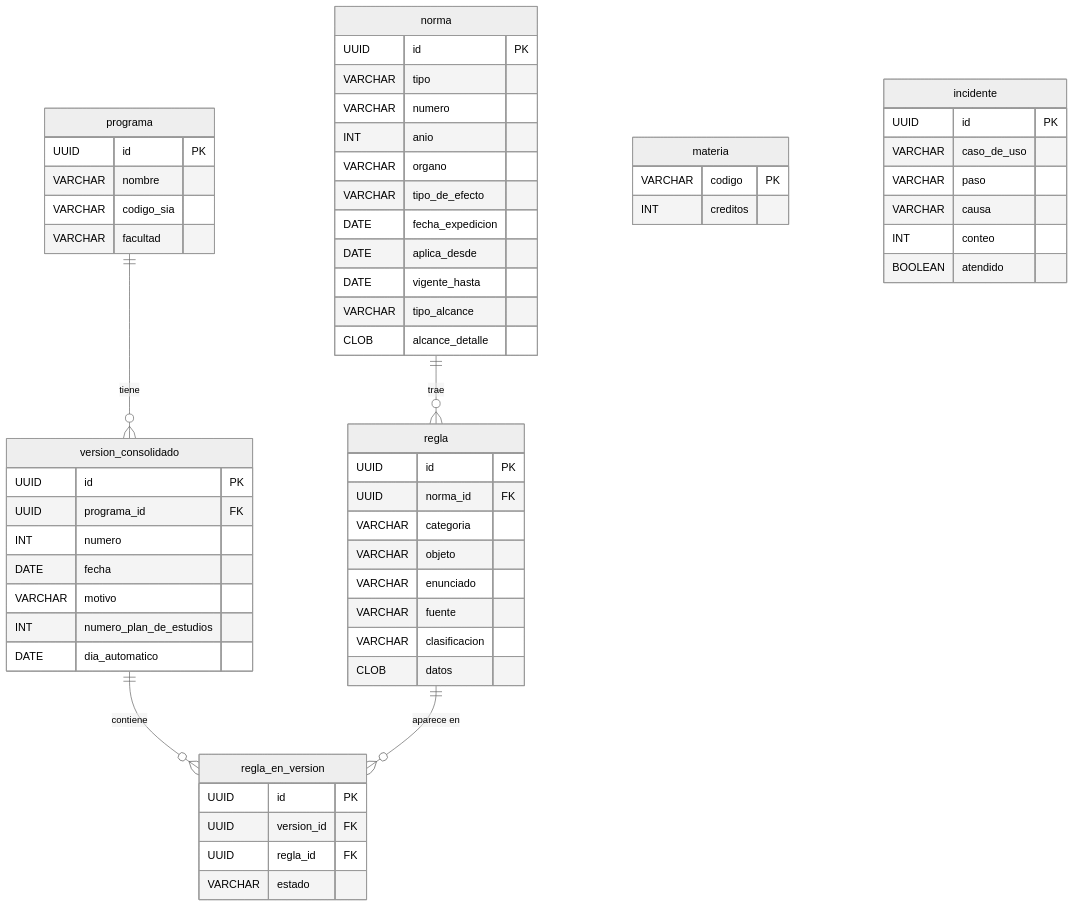
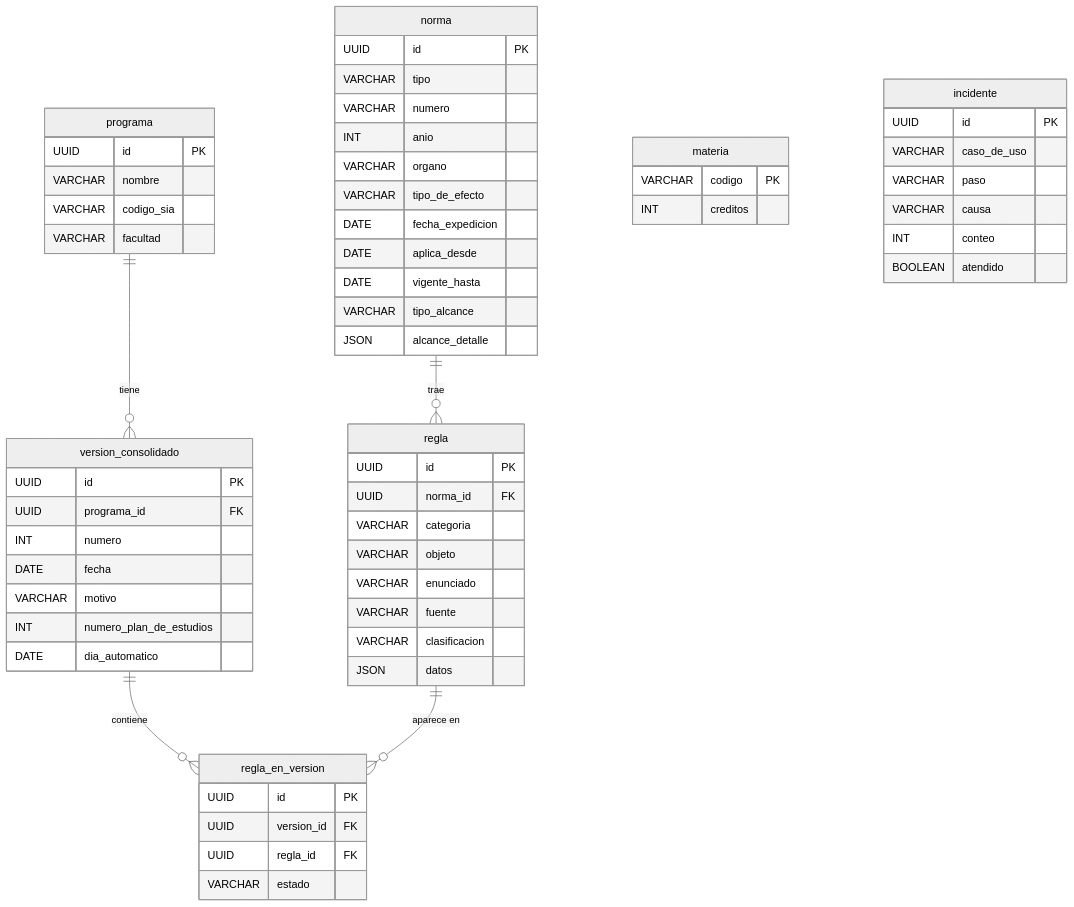
Before and after one commit to SamuelGomezG/RutaUN: the diagram in docs/datos/esquema-de-la-base.md, drawn with Mermaid (neutral theme). The commit also changed other lines of this file and 1 other file, not shown here.

````diff
--- a/docs/datos/esquema-de-la-base.md
+++ b/docs/datos/esquema-de-la-base.md
@@ -19,64 +19,64 @@
 ```mermaid
 erDiagram
     programa ||--o{ version_consolidado : "tiene"
     version_consolidado ||--o{ regla_en_version : "contiene"
     regla ||--o{ regla_en_version : "aparece en"
     norma ||--o{ regla : "trae"
 
     programa {
         UUID id PK
         VARCHAR nombre
         VARCHAR codigo_sia
         VARCHAR facultad
     }
     norma {
         UUID id PK
         VARCHAR tipo
         VARCHAR numero
         INT anio
         VARCHAR organo
         VARCHAR tipo_de_efecto
         DATE fecha_expedicion
         DATE aplica_desde
         DATE vigente_hasta
         VARCHAR tipo_alcance
-        CLOB alcance_detalle
+        JSON alcance_detalle
     }
     regla {
         UUID id PK
         UUID norma_id FK
         VARCHAR categoria
         VARCHAR objeto
         VARCHAR enunciado
         VARCHAR fuente
         VARCHAR clasificacion
-        CLOB datos
+        JSON datos
     }
     version_consolidado {
         UUID id PK
         UUID programa_id FK
         INT numero
         DATE fecha
         VARCHAR motivo
         INT numero_plan_de_estudios
         DATE dia_automatico
     }
     regla_en_version {
         UUID id PK
         UUID version_id FK
         UUID regla_id FK
         VARCHAR estado
     }
     materia {
         VARCHAR codigo PK
         INT creditos
     }
     incidente {
         UUID id PK
         VARCHAR caso_de_uso
         VARCHAR paso
         VARCHAR causa
         INT conteo
         BOOLEAN atendido
     }
 ```
````
